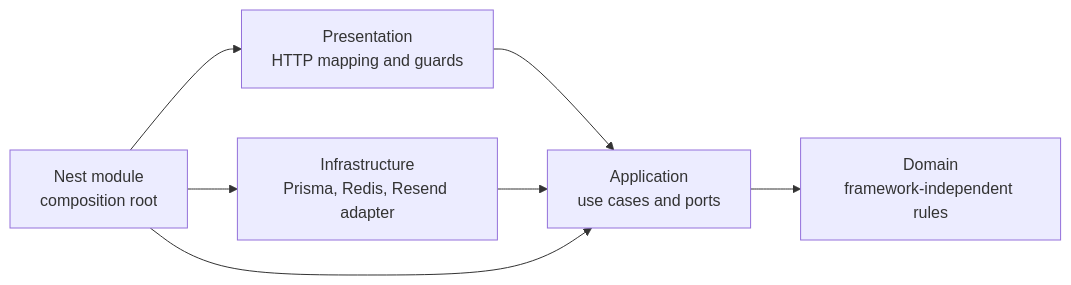
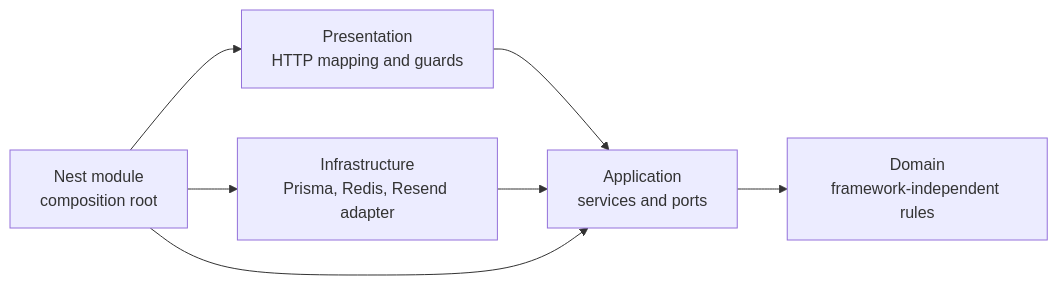
Before and after one commit to KasraK2K/nexora-platform-core: the diagram in docs/concepts/architecture-overview.md, drawn with Mermaid. The commit also changed other lines of this file and 368 other files, not shown here.

````diff
--- a/docs/concepts/architecture-overview.md
+++ b/docs/concepts/architecture-overview.md
@@ -24,9 +24,9 @@
 ```mermaid
 flowchart LR
-    Presentation["Presentation<br/>HTTP mapping and guards"] --> Application["Application<br/>use cases and ports"]
+    Presentation["Presentation<br/>HTTP mapping and guards"] --> Application["Application<br/>services and ports"]
     Application --> Domain["Domain<br/>framework-independent rules"]
     Infrastructure["Infrastructure<br/>Prisma, Redis, Resend adapter"] --> Application
     Composition["Nest module<br/>composition root"] --> Presentation
     Composition --> Application
     Composition --> Infrastructure
 ```
````
